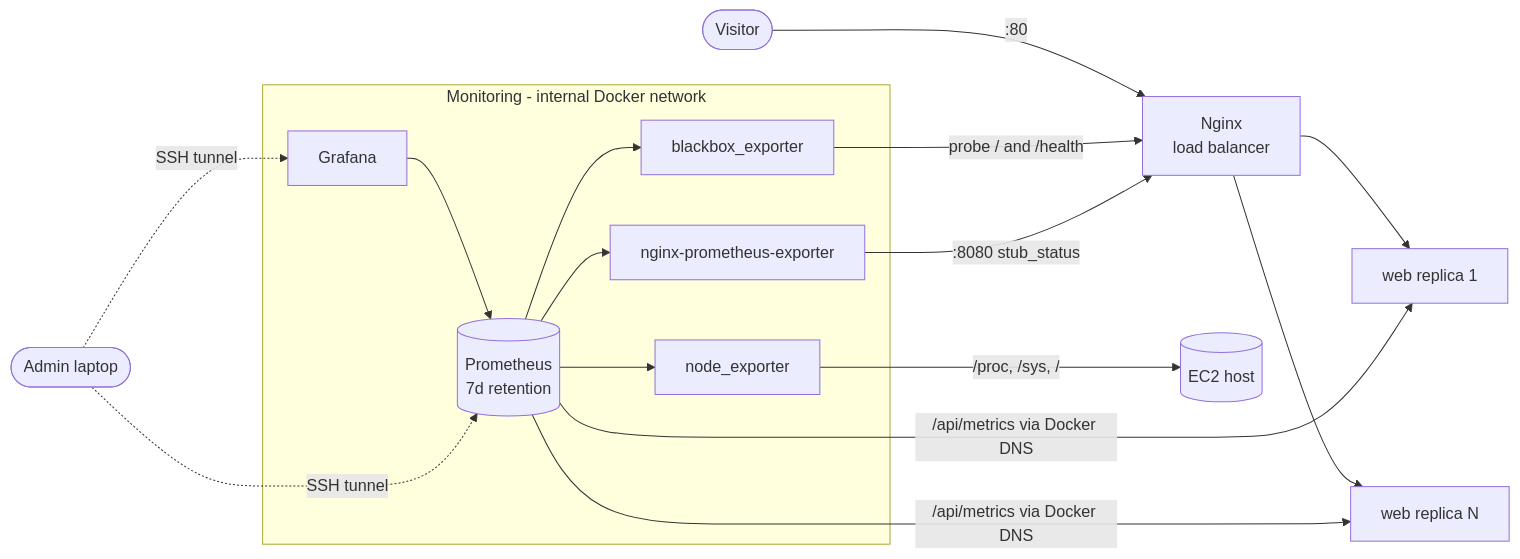
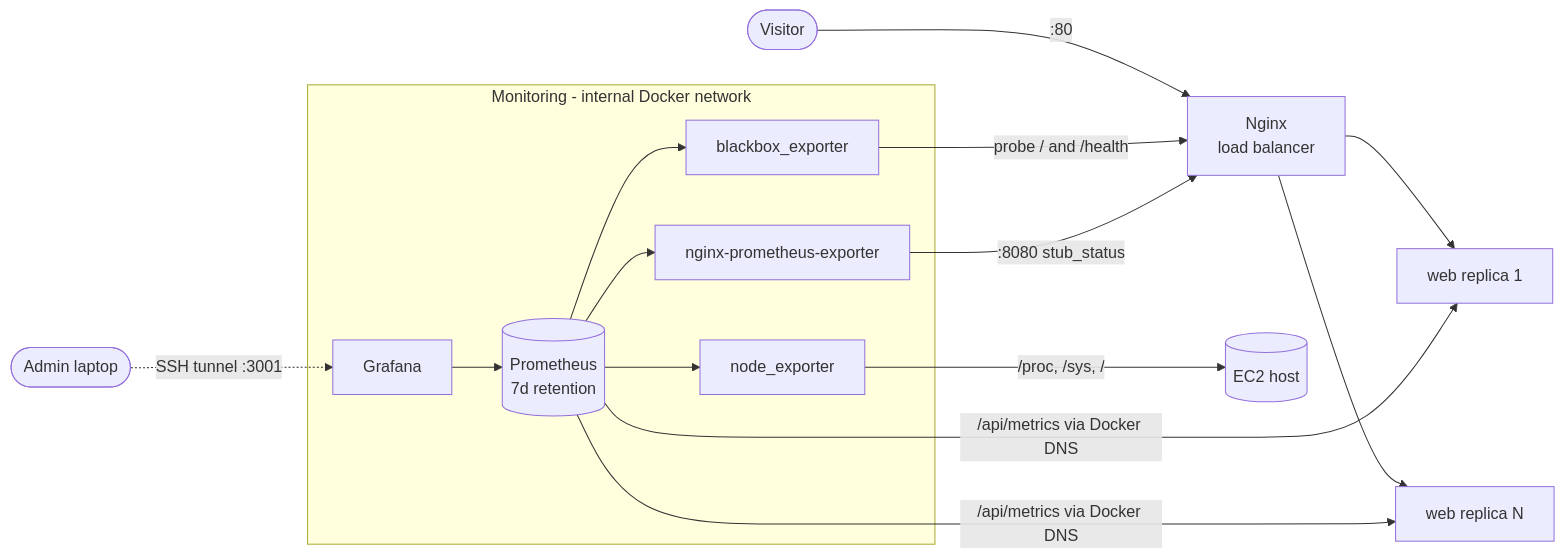
One commit to ngurahgdewisnugk/wisnu-portofolio changed the diagram in docs/monitoring.md. Above: the diagram before and after it, drawn with Mermaid. The commit also changed other lines of this file and 5 other files, not shown here.

````diff
--- a/docs/monitoring.md
+++ b/docs/monitoring.md
@@ -9,23 +9,22 @@
 ```mermaid
 flowchart LR
     user([Visitor]) -->|:80| nginx[Nginx<br/>load balancer]
     nginx --> web1[web replica 1]
     nginx --> web2[web replica N]
 
     subgraph monitoring [Monitoring - internal Docker network]
         prom[(Prometheus<br/>7d retention)]
         bb[blackbox_exporter]
         ne[node_exporter]
         nx[nginx-prometheus-exporter]
         graf[Grafana]
     end
 
     prom -->|/api/metrics via Docker DNS| web1
     prom -->|/api/metrics via Docker DNS| web2
     prom --> bb -->|probe / and /health| nginx
     prom --> nx -->|:8080 stub_status| nginx
     prom --> ne -->|/proc, /sys, /| host[(EC2 host)]
     graf --> prom
-    admin([Admin laptop]) -. SSH tunnel .-> graf
-    admin -. SSH tunnel .-> prom
+    admin([Admin laptop]) -. SSH tunnel :3001 .-> graf
 ```
````
